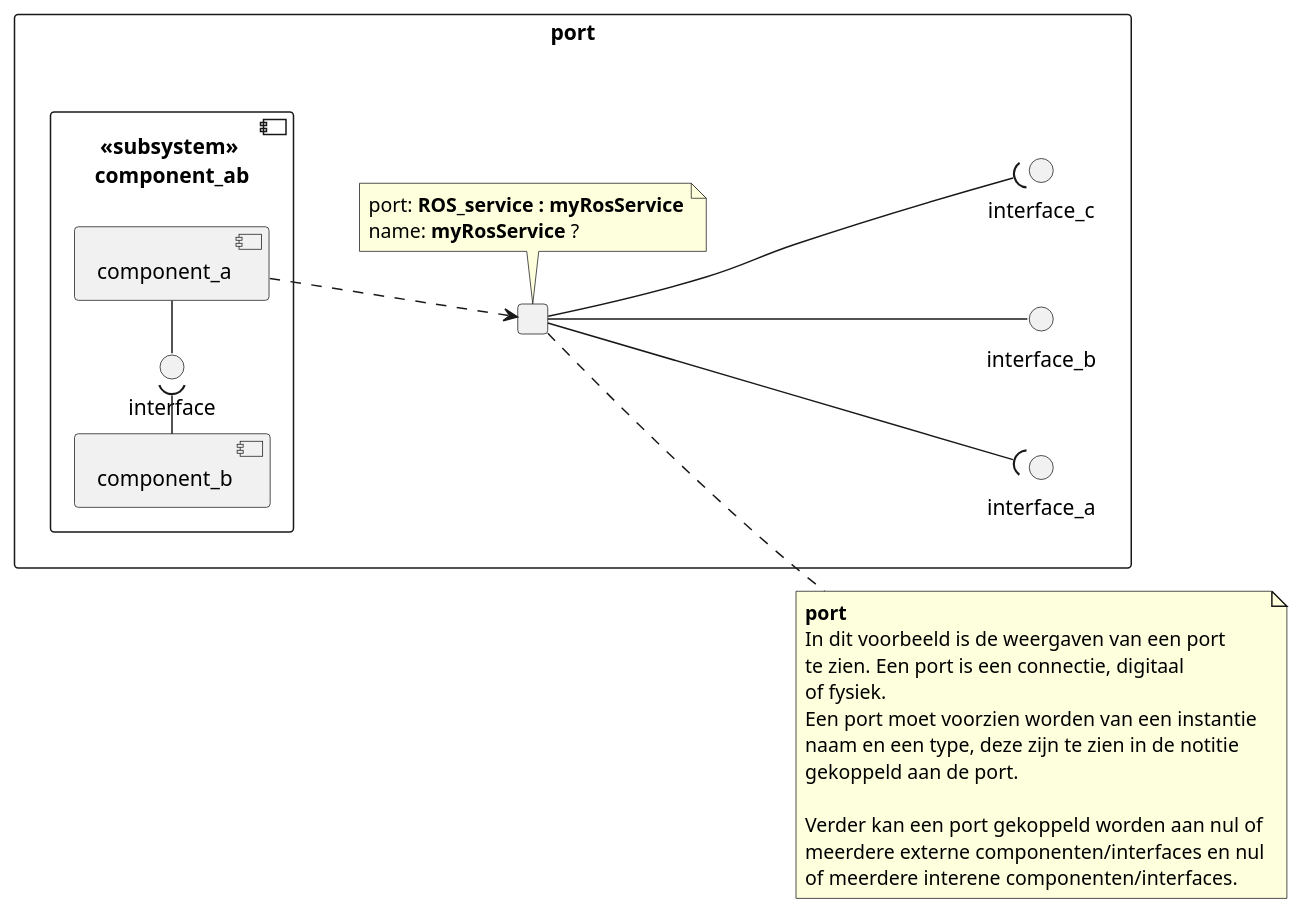
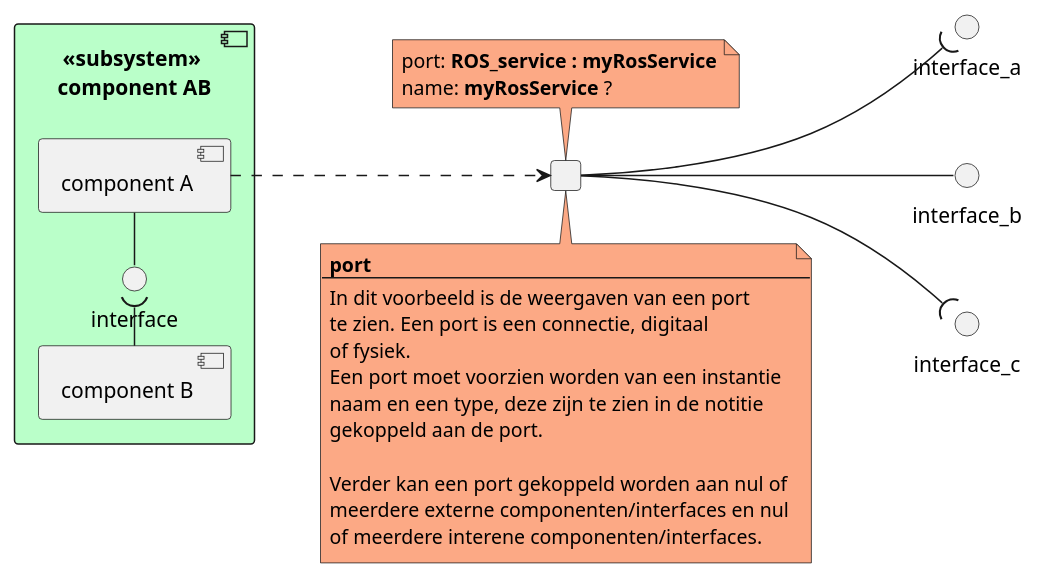
The diagram in plantuml/component/port.puml (LukevLuijn/cheat_sheet_osm_mo), drawn with PlantUML before and after one commit. The commit also changed 52 other files, not shown here.

Commit message:
[cheat-sheet] added colors to all diagrams.

```diff
--- a/plantuml/component/port.puml
+++ b/plantuml/component/port.puml
@@ -1,43 +1,44 @@
 @startuml
 'https://plantuml.com/component-diagram
 
 left to right direction
 
-rectangle r1 as "**port**\n" {
-    component [comp_a] as "<<subsystem>> \n **component_ab** \n"{
-        component [comp_a_a] as "component_a"
-        component [comp_a_b] as "component_b"
+'rectangle r1 as "**port**\n" #EEEEEE {
+    component [comp_a] as "<<subsystem>> \n **component AB** \n" #BAFFC9{
+        component [comp_a_a] as "component A"
+        component [comp_a_b] as "component B"
 
-        comp_a_a --left- interface
-        comp_a_b --right-( interface
+        comp_a_a -left- interface
+        comp_a_b -right-( interface
     }
 
     rectangle port1 as " "
 
     comp_a_a .down.> port1
 
-    port1 --( interface_a
-    port1 -- interface_b
-    port1 --( interface_c
+    port1 -down-( interface_a
+    port1 -down- interface_b
+    port1 -down-( interface_c
 
-    note bottom of port1
+    note top of port1 #FCA985
         port: **ROS_service : myRosService**
         name: **myRosService** ?
     end note
-}
+'}
 
-note right of port1
+note bottom of port1 #FCA985
     **port**
+    --
     In dit voorbeeld is de weergaven van een port
     te zien. Een port is een connectie, digitaal
     of fysiek.
     Een port moet voorzien worden van een instantie
     naam en een type, deze zijn te zien in de notitie
     gekoppeld aan de port.
 
     Verder kan een port gekoppeld worden aan nul of
     meerdere externe componenten/interfaces en nul
     of meerdere interene componenten/interfaces.
 end note
 
 @enduml
```
